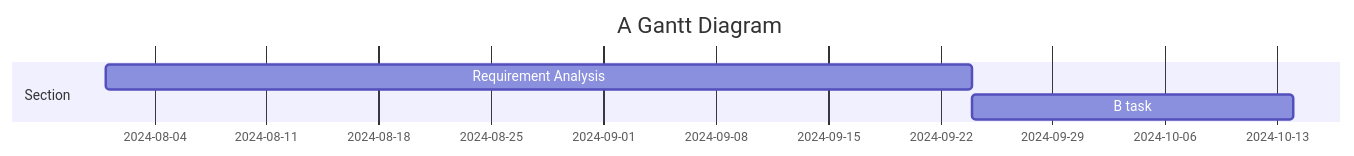
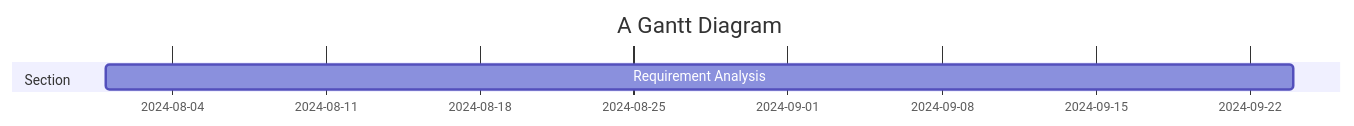
One commit to sayshelley/iodraw-files changed the diagram in all/Code Gantt Chart.md. Above: the diagram before and after it, drawn with Mermaid.

Commit message:
2024-10-04 15:42:52 update

````diff
--- a/all/Code Gantt Chart.md
+++ b/all/Code Gantt Chart.md
@@ -1,11 +1,11 @@
 ```mermaid
 gantt
     title A Gantt Diagram
     dateFormat  YYYY-MM-DD
     section Section
     Requirement Analysis        :a1, 2024-08-01, 54d
-    B task     :a2, after a1  , 20d
+    
 
 
    
 ```
````
